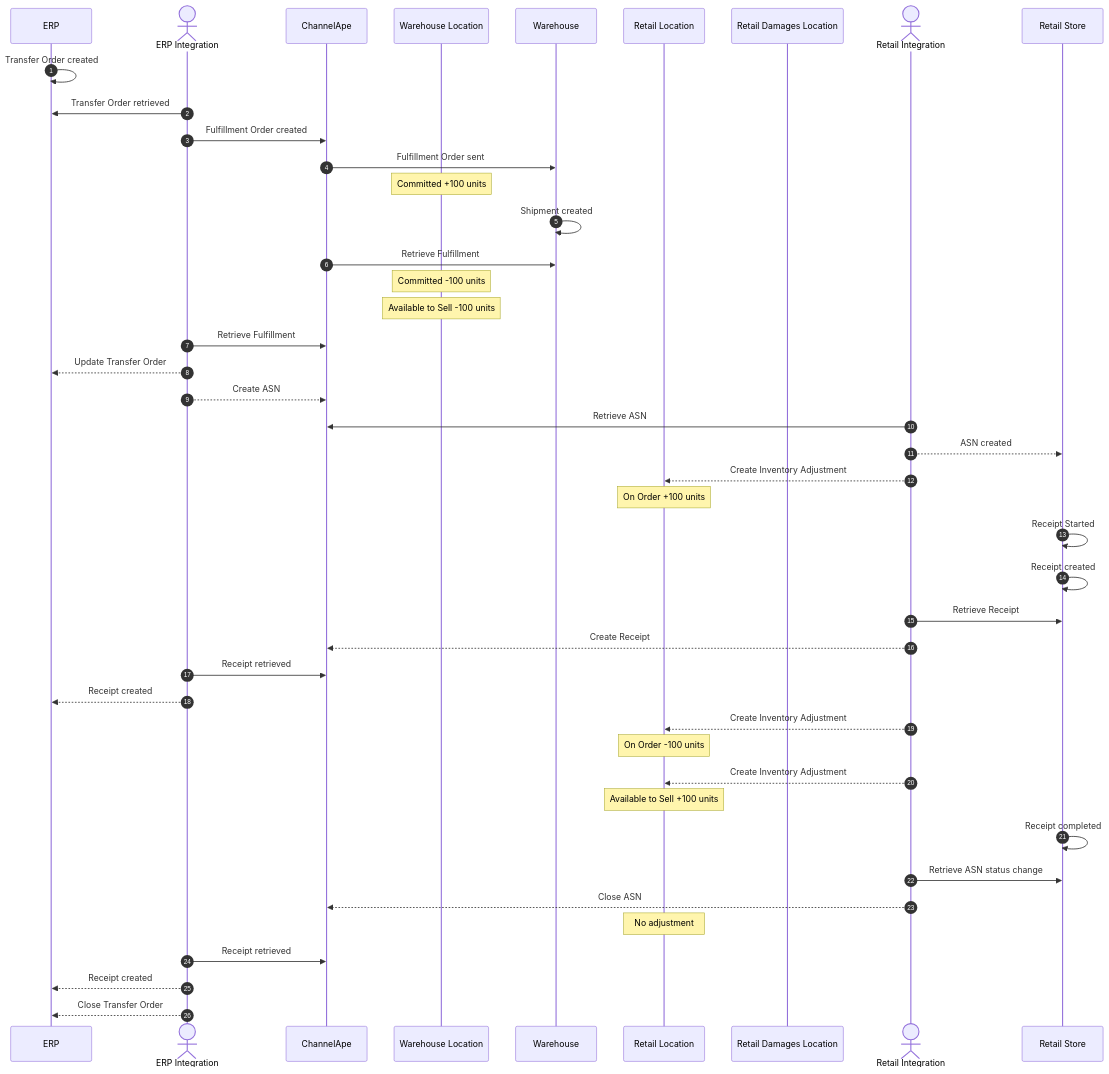
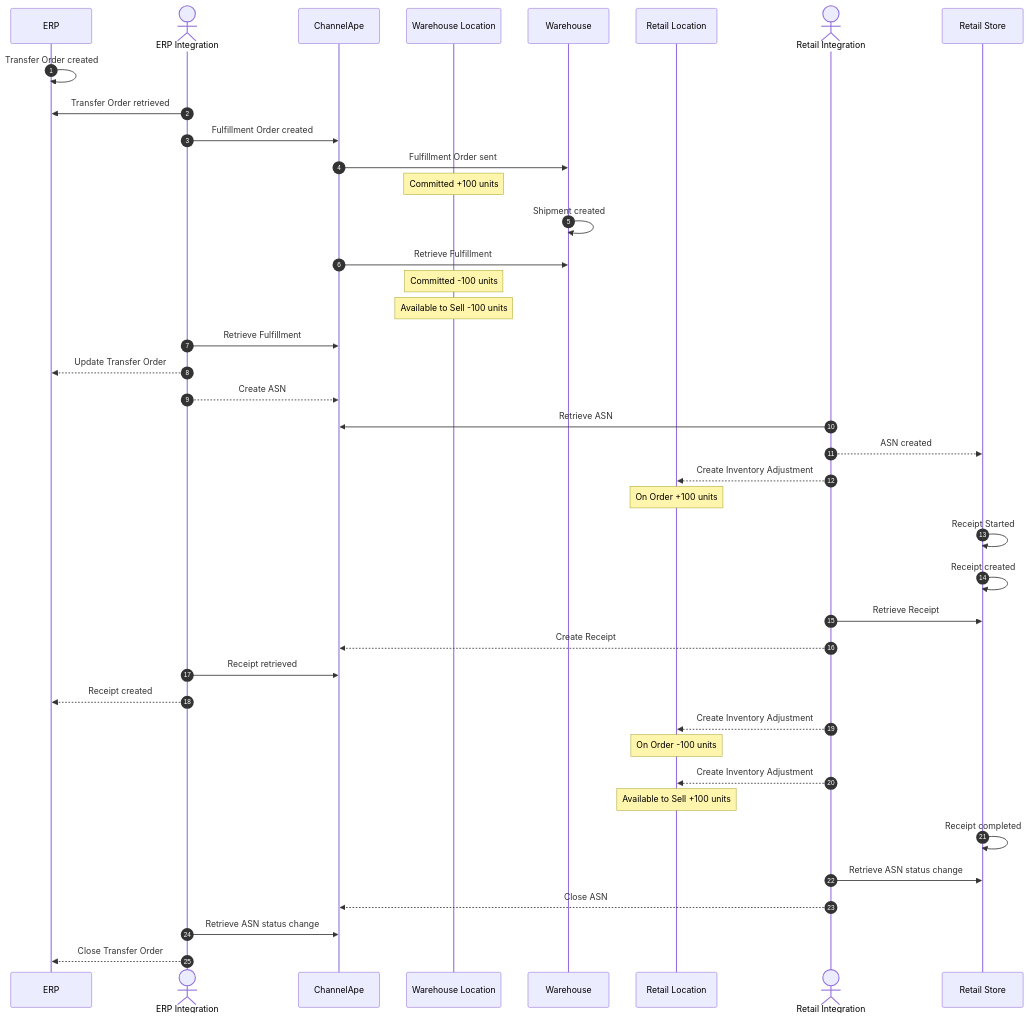
The first of 6 diagrams in data-flows/transfer-orders/README.md (ChannelApe/channelape-docs), drawn with Mermaid before and after one commit. The commit also changed other lines of this file, not shown here.

Commit message:
Cleaned up adjustments and damages locations where unnecessary

````diff
--- a/data-flows/transfer-orders/README.md
+++ b/data-flows/transfer-orders/README.md
@@ -24,58 +24,55 @@
 ```mermaid
 sequenceDiagram
     autonumber
     participant ERP
     actor ERP Integration
     participant ChannelApe
     participant Warehouse Location
     participant Warehouse
     participant Retail Location
-    participant Retail Damages Location
     actor Retail Integration
     participant Retail Store
 
     ERP->>ERP: Transfer Order created
 
     ERP Integration->>ERP: Transfer Order retrieved
     ERP Integration->>ChannelApe: Fulfillment Order created
 
     ChannelApe->>Warehouse: Fulfillment Order sent
     note over Warehouse Location: Committed +100 units
 
     Warehouse->>Warehouse: Shipment created
     
     ChannelApe->>Warehouse: Retrieve Fulfillment
     note over Warehouse Location: Committed -100 units
     note over Warehouse Location: Available to Sell -100 units
 
     ERP Integration->>ChannelApe: Retrieve Fulfillment
     ERP Integration-->>ERP: Update Transfer Order
     ERP Integration-->>ChannelApe: Create ASN
     
     Retail Integration->>ChannelApe: Retrieve ASN
     Retail Integration-->>Retail Store: ASN created
     Retail Integration-->>Retail Location: Create Inventory Adjustment
     note over Retail Location: On Order +100 units
 
     Retail Store->>Retail Store: Receipt Started
 
     Retail Store->>Retail Store: Receipt created
     Retail Integration->>Retail Store: Retrieve Receipt
     Retail Integration-->>ChannelApe: Create Receipt
     ERP Integration->>ChannelApe: Receipt retrieved
     ERP Integration-->>ERP: Receipt created
     Retail Integration-->>Retail Location: Create Inventory Adjustment
     note over Retail Location: On Order -100 units
     Retail Integration-->>Retail Location: Create Inventory Adjustment
     note over Retail Location: Available to Sell +100 units
 
     Retail Store->>Retail Store: Receipt completed
 
     Retail Integration->>Retail Store: Retrieve ASN status change
     Retail Integration-->>ChannelApe: Close ASN
-    note over Retail Location: No adjustment
 
-    ERP Integration->>ChannelApe: Receipt retrieved
-    ERP Integration-->>ERP: Receipt created
+    ERP Integration->>ChannelApe: Retrieve ASN status change
     ERP Integration-->>ERP: Close Transfer Order
 ```
````
